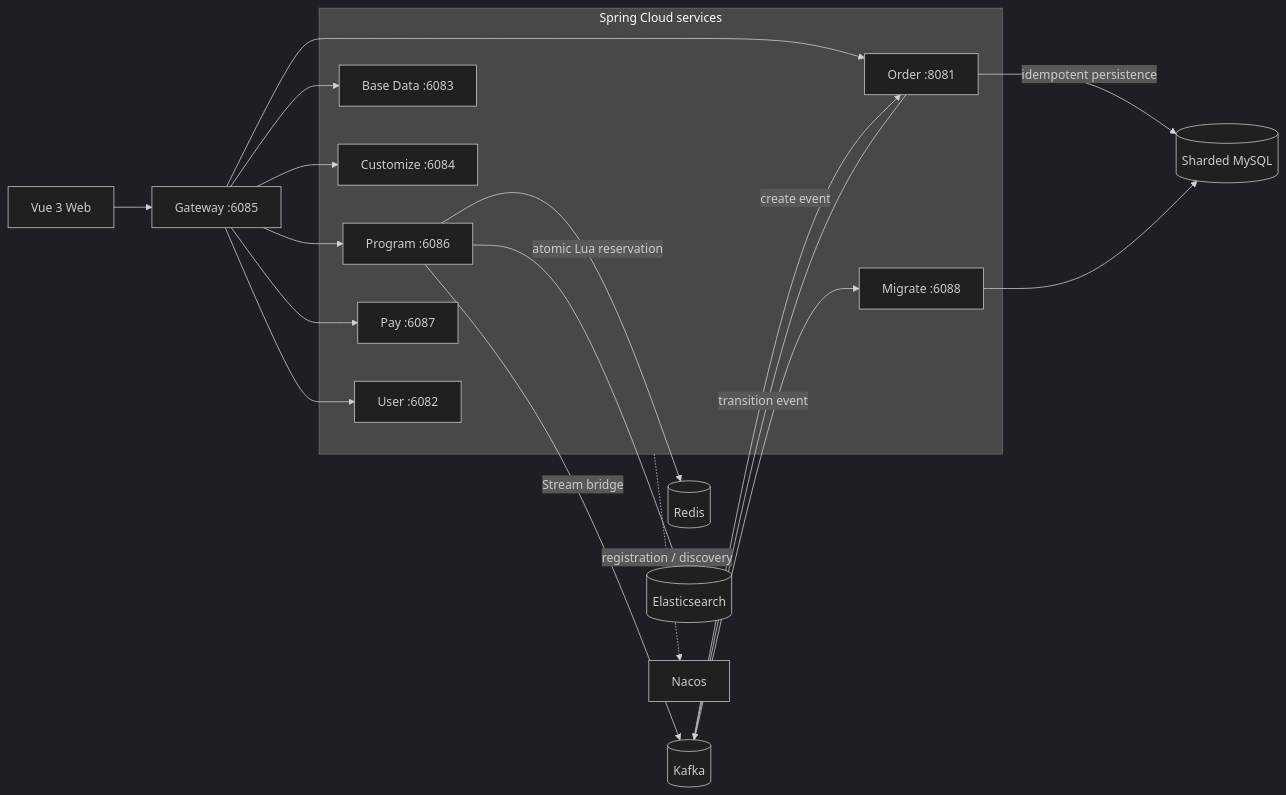
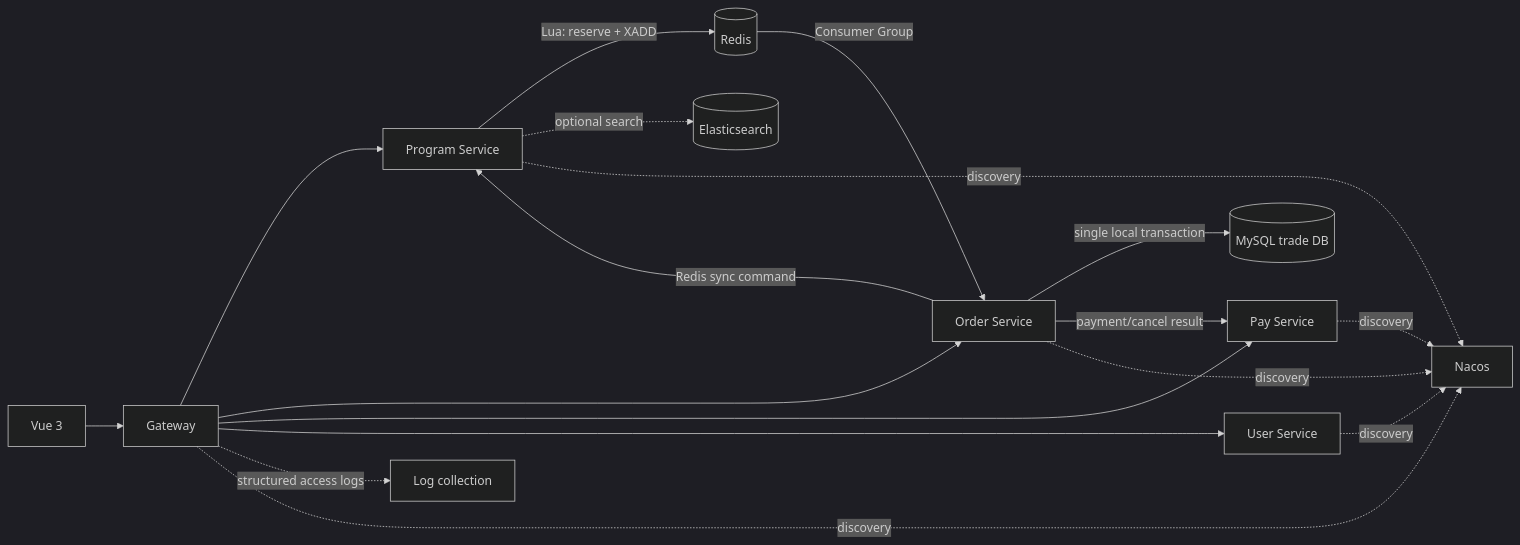
One commit to XKYuanii/Stellaris changed the diagram in README.md. Above: the diagram before and after it, drawn with Mermaid (dark theme). The commit also changed other lines of this file and 376 other files, not shown here.

First line of the commit message:
refactor: finalize Redis Stream order pipeline

````diff
--- a/README.md
+++ b/README.md
@@ -45,32 +21,17 @@
 ```mermaid
 flowchart LR
-    Web[Vue 3 Web] --> Gateway[Gateway :6085]
+    Web[Vue 3] --> Gateway[Gateway]
+    Gateway --> Program[Program Service]
+    Gateway --> Order[Order Service]
+    Gateway --> Pay[Pay Service]
+    Gateway --> User[User Service]
 
-    subgraph Services[Spring Cloud services]
-        User[User :6082]
-        Base[Base Data :6083]
-        Customize[Customize :6084]
-        Program[Program :6086]
-        Pay[Pay :6087]
-        Migrate[Migrate :6088]
-        Order[Order :8081]
-    end
-
-    Gateway --> User
-    Gateway --> Base
-    Gateway --> Customize
-    Gateway --> Program
-    Gateway --> Pay
-    Gateway --> Order
-
-    Program -- atomic Lua reservation --> Redis[(Redis)]
-    Program -- Stream bridge --> Kafka[(Kafka)]
-    Kafka -- create event --> Order
-    Order -- idempotent persistence --> MySQL[(Sharded MySQL)]
-    Order -- transition event --> Kafka
-    Kafka --> Migrate
-    Migrate --> MySQL
-    Program --> ES[(Elasticsearch)]
-
-    Services -. registration / discovery .-> Nacos[Nacos]
+    Program -->|Lua: reserve + XADD| Redis[(Redis)]
+    Redis -->|Consumer Group| Order
+    Order -->|single local transaction| Trade[(MySQL trade DB)]
+    Order -->|payment/cancel result| Pay
+    Order -->|Redis sync command| Program
+    Program -. optional search .-> ES[(Elasticsearch)]
+    Gateway -. structured access logs .-> Logs[Log collection]
+    Gateway & Program & Order & Pay & User -. discovery .-> Nacos[Nacos]
 ```
````
